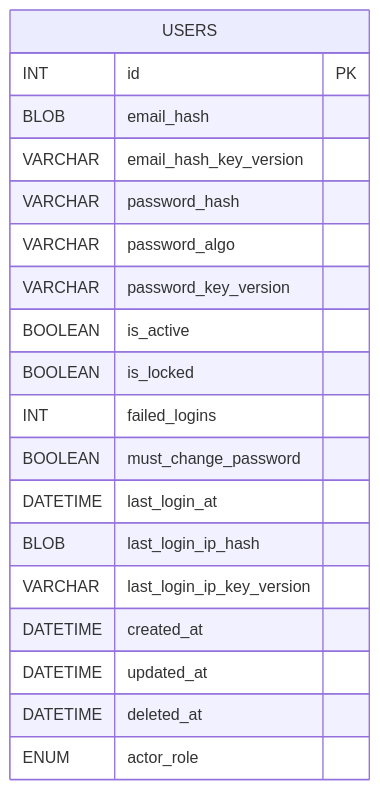
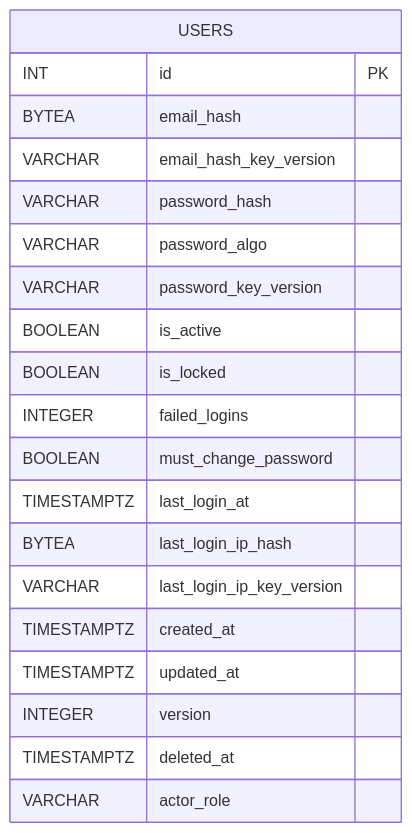
The diagram in README.md (blackcatdatabase/table-users), drawn with Mermaid before and after one commit. The commit also changed other lines of this file and 25 other files, not shown here.

First line of the commit message:
Regen schema (#1)

````diff
--- a/README.md
+++ b/README.md
@@ -63,22 +64,23 @@
 ```mermaid
 erDiagram
   USERS {
     INT id PK
-    BLOB email_hash
+    BYTEA email_hash
     VARCHAR email_hash_key_version
     VARCHAR password_hash
     VARCHAR password_algo
     VARCHAR password_key_version
     BOOLEAN is_active
     BOOLEAN is_locked
-    INT failed_logins
+    INTEGER failed_logins
     BOOLEAN must_change_password
-    DATETIME last_login_at
-    BLOB last_login_ip_hash
+    TIMESTAMPTZ last_login_at
+    BYTEA last_login_ip_hash
     VARCHAR last_login_ip_key_version
-    DATETIME created_at
-    DATETIME updated_at
-    DATETIME deleted_at
-    ENUM actor_role
+    TIMESTAMPTZ created_at
+    TIMESTAMPTZ updated_at
+    INTEGER version
+    TIMESTAMPTZ deleted_at
+    VARCHAR actor_role
   }
 ```
````
